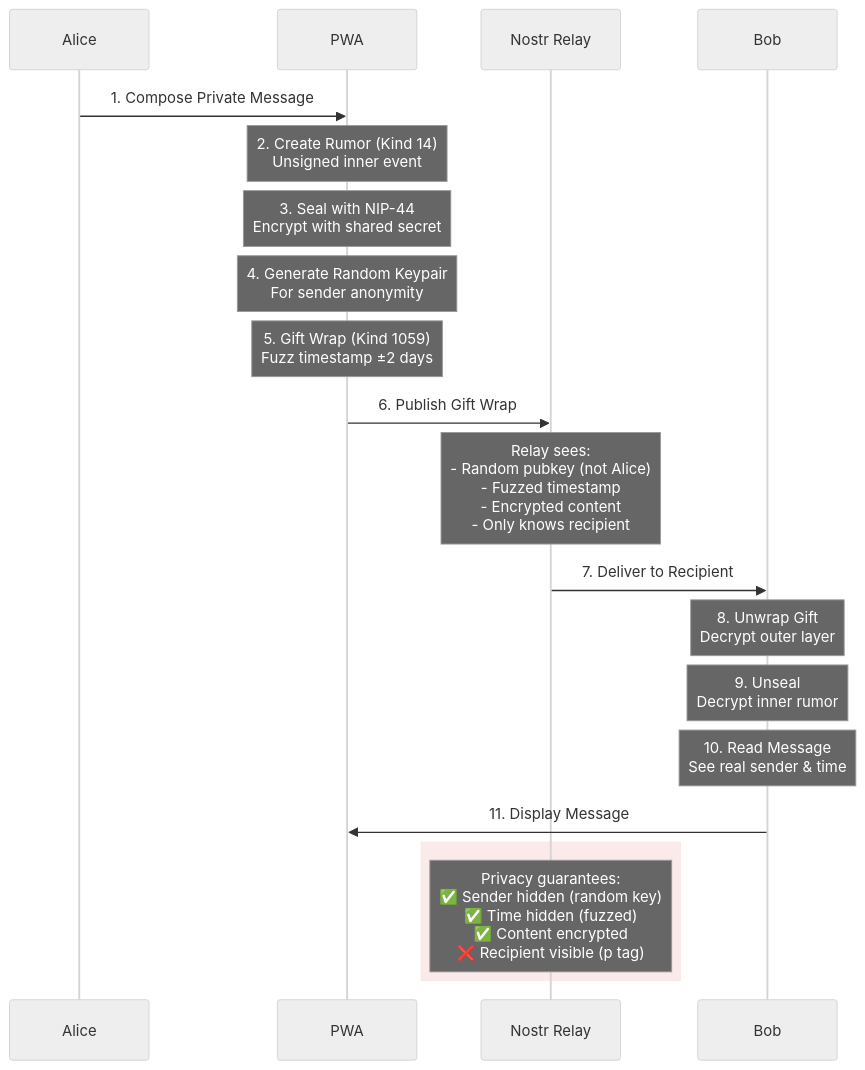
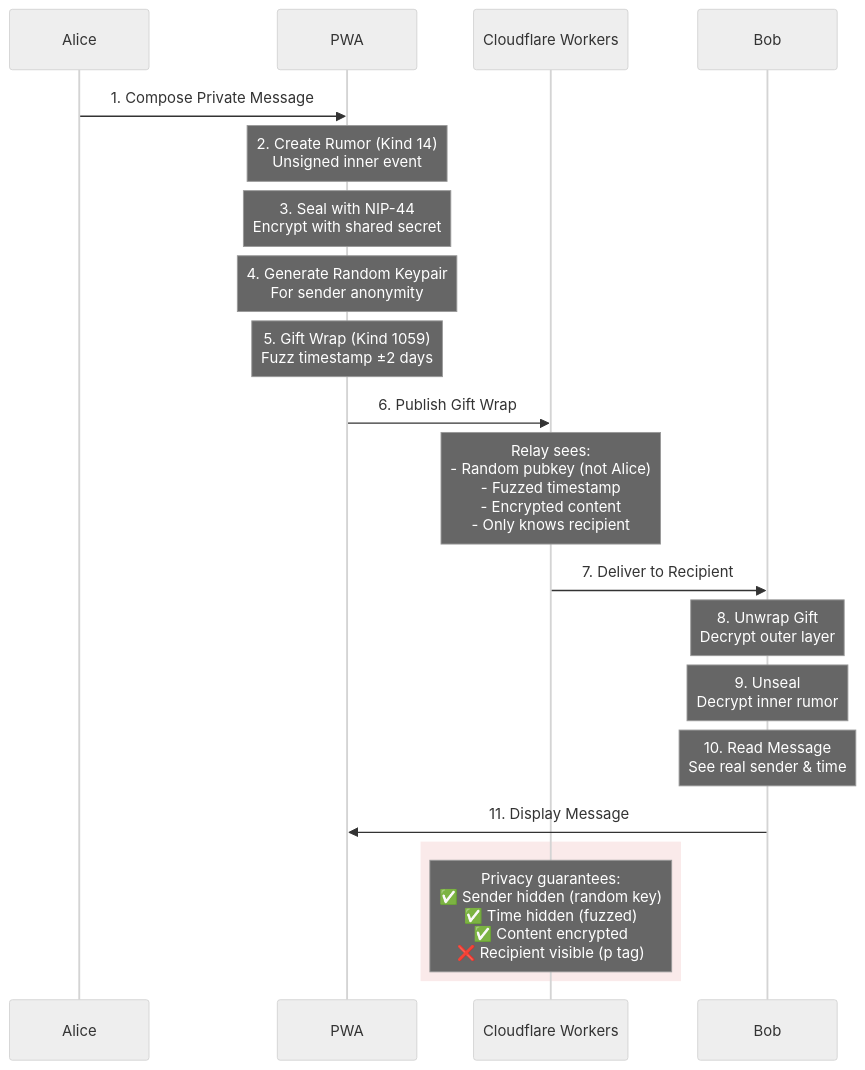
The eighth of 9 diagrams in README.md (jjohare/minimoonoir), drawn with Mermaid (neutral theme) before and after one commit. The commit also changed other lines of this file and 27 other files, not shown here.

First line of the commit message:
chore: deprecate Docker architecture, update docs for serverless

````diff
--- a/README.md
+++ b/README.md
@@ -307,30 +349,30 @@
 ```mermaid
 sequenceDiagram
     participant Alice
     participant App as PWA
-    participant Relay as Nostr Relay
+    participant Relay as Cloudflare Workers
     participant Bob
 
     Alice->>App: 1. Compose Private Message
 
     Note over App: 2. Create Rumor (Kind 14)<br/>Unsigned inner event
     Note over App: 3. Seal with NIP-44<br/>Encrypt with shared secret
     Note over App: 4. Generate Random Keypair<br/>For sender anonymity
     Note over App: 5. Gift Wrap (Kind 1059)<br/>Fuzz timestamp ±2 days
 
     App->>Relay: 6. Publish Gift Wrap
 
     Note over Relay: Relay sees:<br/>- Random pubkey (not Alice)<br/>- Fuzzed timestamp<br/>- Encrypted content<br/>- Only knows recipient
 
     Relay->>Bob: 7. Deliver to Recipient
 
     Note over Bob: 8. Unwrap Gift<br/>Decrypt outer layer
     Note over Bob: 9. Unseal<br/>Decrypt inner rumor
     Note over Bob: 10. Read Message<br/>See real sender & time
 
     Bob->>App: 11. Display Message
 
     rect rgb(200, 50, 50, 0.1)
         Note over Relay: Privacy guarantees:<br/>✅ Sender hidden (random key)<br/>✅ Time hidden (fuzzed)<br/>✅ Content encrypted<br/>❌ Recipient visible (p tag)
     end
 ```
````
